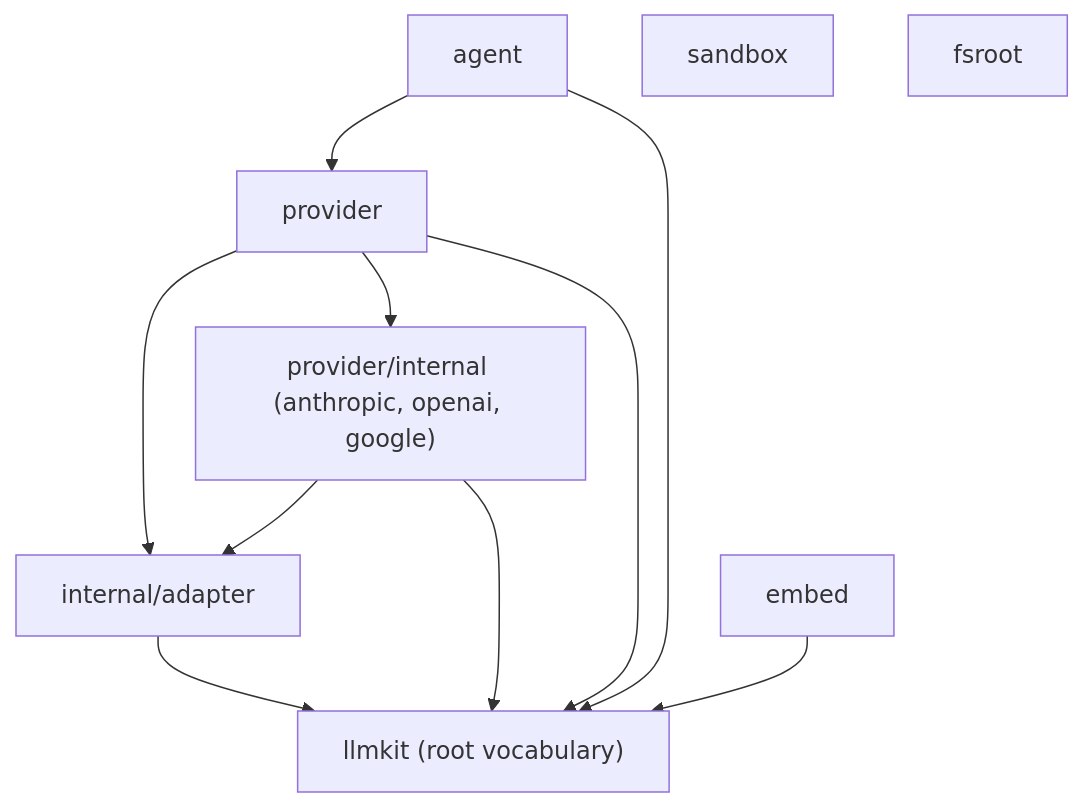
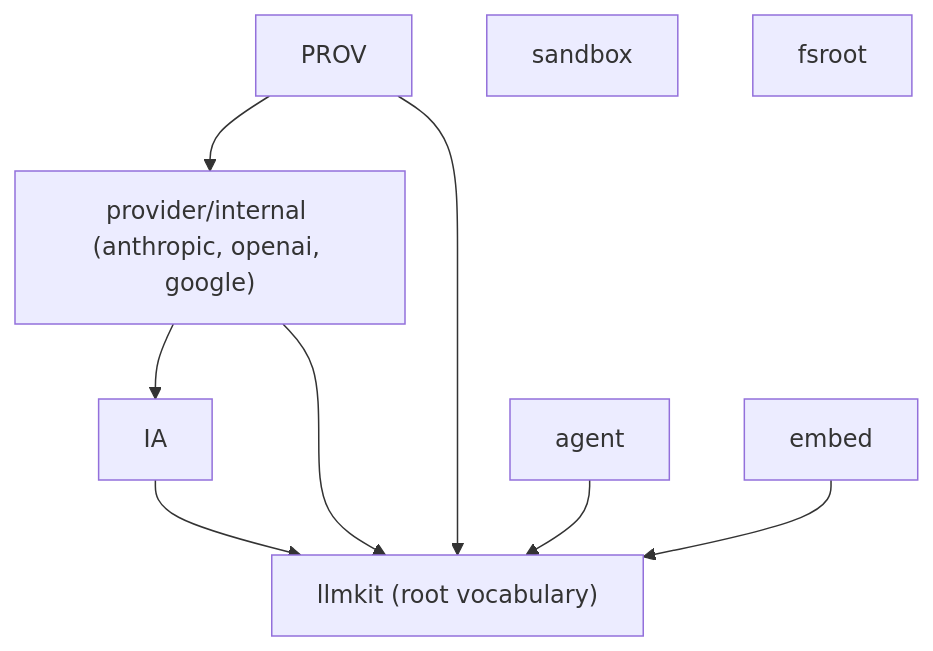
Before and after one commit to dpoage/llmkit: the diagram in docs/design.md, drawn with Mermaid. The commit also changed other lines of this file and 1 other file, not shown here.

First line of the commit message:
docs(onboarding): fix oracle blockers — diagram edges match direct imports; description= tag

````diff
--- a/docs/design.md
+++ b/docs/design.md
@@ -12,14 +12,13 @@
 ```mermaid
 flowchart TD
-    AGENT["agent"] --> PROV["provider"]
+    AGENT["agent"]
     PROV --> ADAPTERS["provider/internal (anthropic, openai, google)"]
-    PROV --> IA["internal/adapter"]
     ADAPTERS --> IA
     IA --> ROOT["llmkit (root vocabulary)"]
     ADAPTERS --> ROOT
     PROV --> ROOT
     AGENT --> ROOT
     EMBED["embed"] --> ROOT
     SANDBOX["sandbox"]
     FSROOT["fsroot"]
 ```
````
